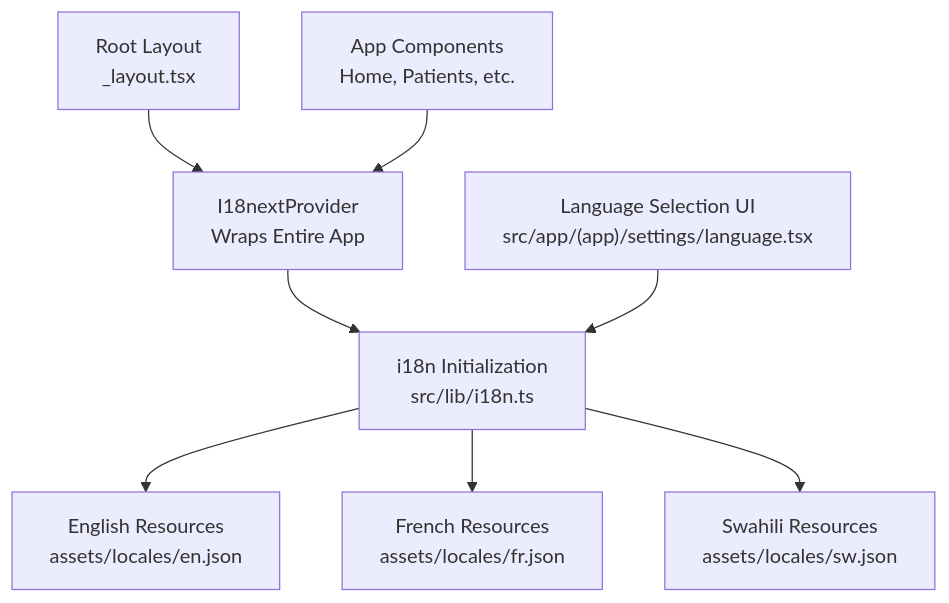
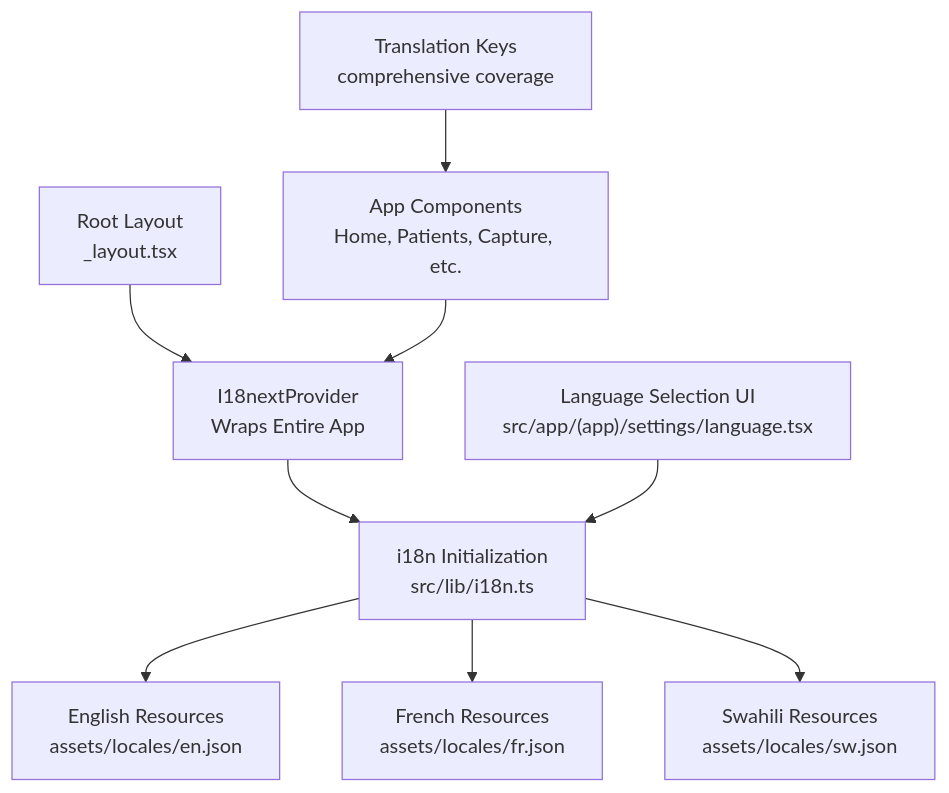
The first of 3 diagrams in .qoder/repowiki/en/content/Internationalization.md (AdeelTahir-SE/DermSight), drawn with Mermaid before and after one commit. The commit also changed other lines of this file and 29 other files, not shown here.

````diff
--- a/.qoder/repowiki/en/content/Internationalization.md
+++ b/.qoder/repowiki/en/content/Internationalization.md
@@ -46,10 +51,11 @@
 ```mermaid
 graph TB
 A["Root Layout<br/>_layout.tsx"] --> B["I18nextProvider<br/>Wraps Entire App"]
 B --> C["i18n Initialization<br/>src/lib/i18n.ts"]
 C --> D["English Resources<br/>assets/locales/en.json"]
 C --> E["French Resources<br/>assets/locales/fr.json"]
 C --> F["Swahili Resources<br/>assets/locales/sw.json"]
 G["Language Selection UI<br/>src/app/(app)/settings/language.tsx"] --> C
-H["App Components<br/>Home, Patients, etc."] --> B
+H["App Components<br/>Home, Patients, Capture, etc."] --> B
+I["Translation Keys<br/>comprehensive coverage"] --> H
 ```
````
